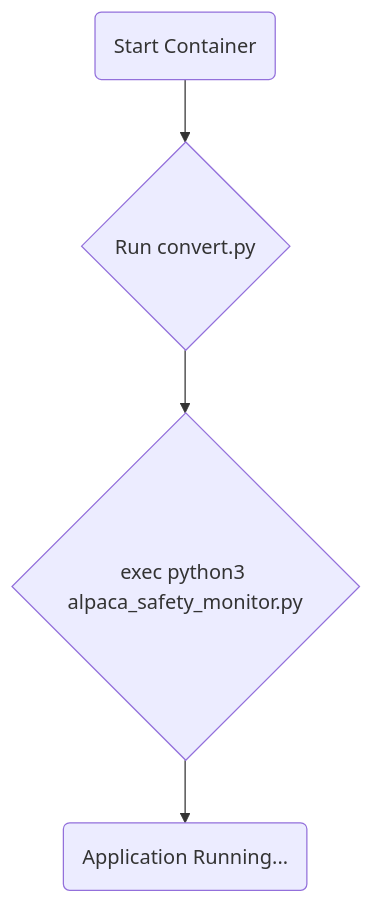
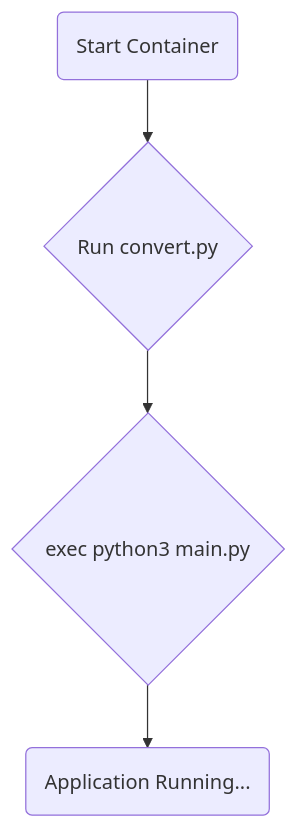
The third of 4 diagrams in architecture.md (chvvkumar/simpleCloudDetect), drawn with Mermaid before and after one commit. The commit also changed other lines of this file and 12 other files, not shown here.

````diff
--- a/architecture.md
+++ b/architecture.md
@@ -103,6 +177,6 @@
 ```mermaid
 graph TD
     A(Start Container) --> B{Run convert.py};
-    B --> C{exec python3 alpaca_safety_monitor.py};
+    B --> C{exec python3 main.py};
     C --> D(Application Running...);
 ```
````
